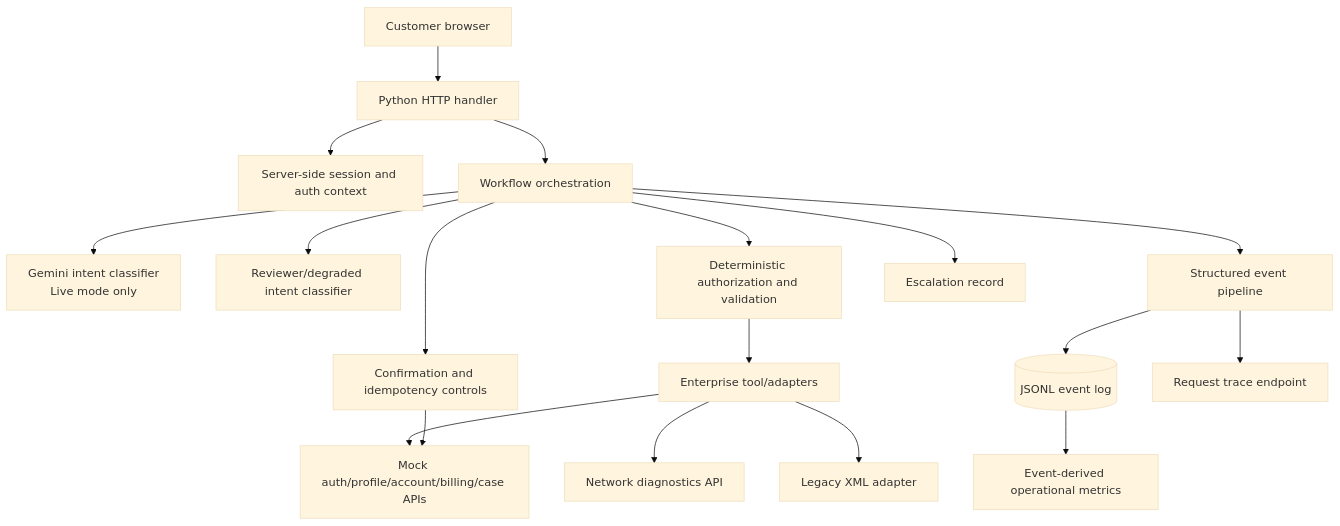
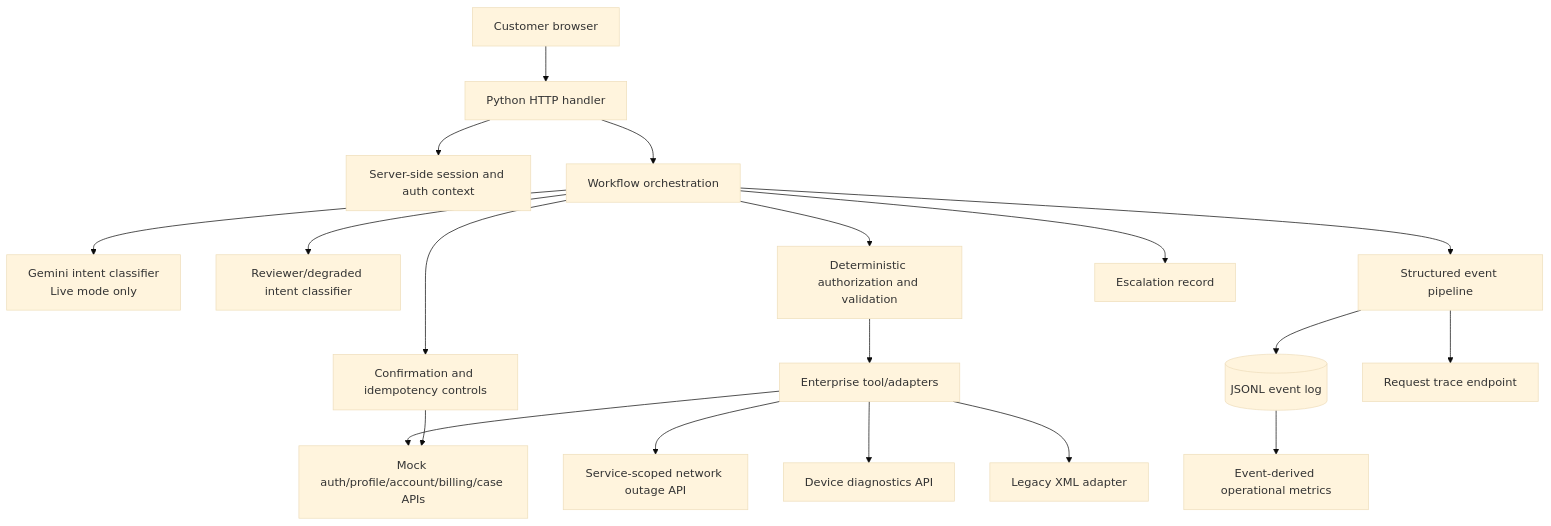
The diagram in docs/architecture.md (saurabh12kushwaha12-cmyk/Starter), drawn with Mermaid (base theme) before and after one commit.

Commit message:
Document the complete multi-system flow including device diagnostics

````diff
--- a/docs/architecture.md
+++ b/docs/architecture.md
@@ -3,20 +3,21 @@
 ```mermaid
 flowchart TD
     C[Customer browser] --> H[Python HTTP handler]
     H --> S[Server-side session and auth context]
     H --> O[Workflow orchestration]
     O --> G[Gemini intent classifier<br/>Live mode only]
     O --> R[Reviewer/degraded intent classifier]
     O --> Z[Deterministic authorization and validation]
     Z --> T[Enterprise tool/adapters]
     T --> A[Mock auth/profile/account/billing/case APIs]
-    T --> N[Network diagnostics API]
+    T --> N[Service-scoped network outage API]
+    T --> D[Device diagnostics API]
     T --> L[Legacy XML adapter]
     O --> E[Confirmation and idempotency controls]
     E --> A
     O --> TEL[Structured event pipeline]
     TEL --> J[(JSONL event log)]
     TEL --> TR[Request trace endpoint]
     J --> M[Event-derived operational metrics]
     O --> X[Escalation record]
 ```
````
